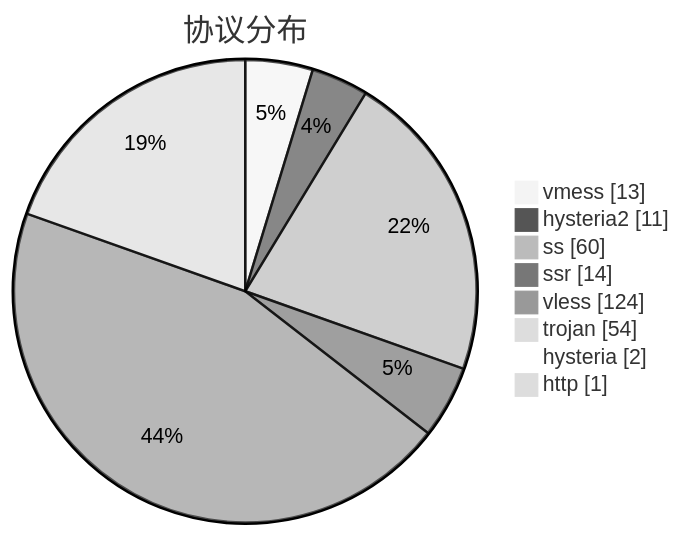
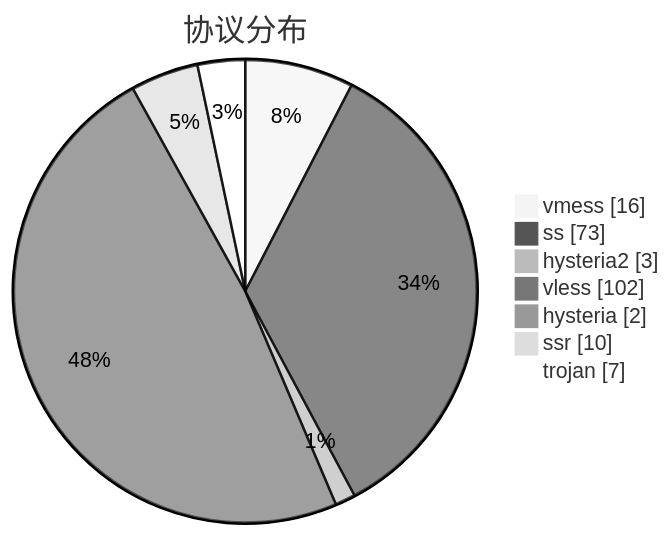
The third of 3 diagrams in subs/statistics/tested_within.md (sinspired/airport), drawn with Mermaid (neutral theme) before and after one commit. The commit also changed other lines of this file and 2 other files, not shown here.

````diff
--- a/subs/statistics/tested_within.md
+++ b/subs/statistics/tested_within.md
@@ -42,12 +41,11 @@
 ```mermaid
 pie showData
 title 协议分布
-"vmess" : 13
-"hysteria2" : 11
-"ss" : 60
-"ssr" : 14
-"vless" : 124
-"trojan" : 54
+"vmess" : 16
+"ss" : 73
+"hysteria2" : 3
+"vless" : 102
 "hysteria" : 2
-"http" : 1
+"ssr" : 10
+"trojan" : 7
 ```
````
